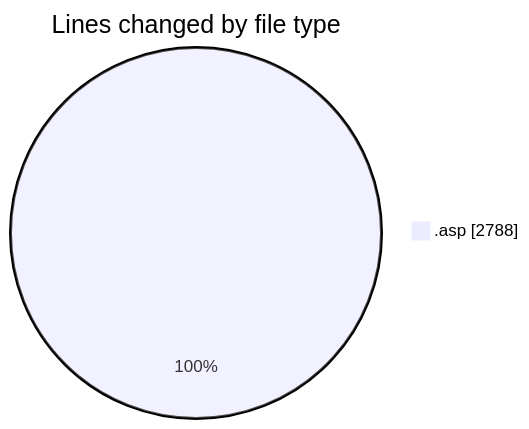
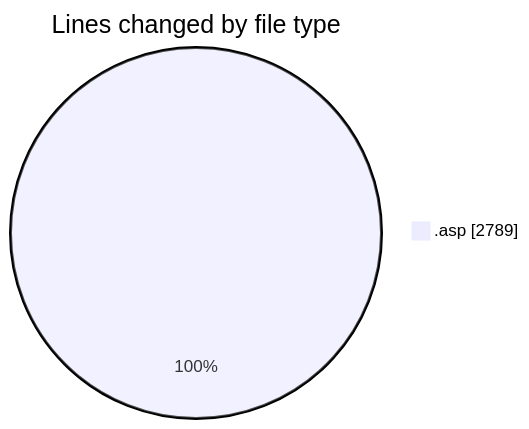
The first of 2 diagrams in 2025-10-31/cdp_aleoudev_fr__workspace_/README.md (julien-gomy/code-tracking), drawn with Mermaid before and after one commit. The commit also changed other lines of this file and 1 other file, not shown here.

````diff
--- a/2025-10-31/cdp_aleoudev_fr__workspace_/README.md
+++ b/2025-10-31/cdp_aleoudev_fr__workspace_/README.md
@@ -21,5 +21,5 @@
 ```mermaid
 pie showData
 title Lines changed by file type
-".asp" : 2788
+".asp" : 2789
 ```
````
